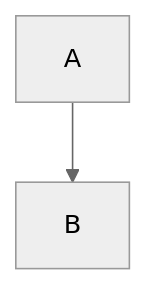
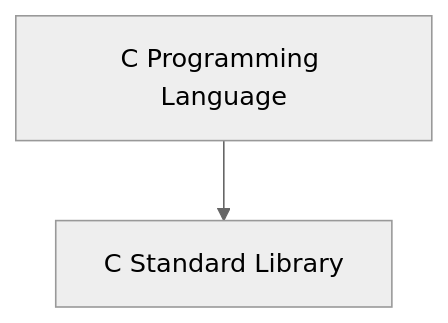
One commit to aganm/yarnspin changed the diagram in docs/programmer.md. Above: the diagram before and after it, drawn with Mermaid (neutral theme).

````diff
--- a/docs/programmer.md
+++ b/docs/programmer.md
@@ -147,4 +147,4 @@
 ```mermaid
  graph TD;
-    A-->B;
+    A[C Programming Language]-->B[C Standard Library];
 ```
````
